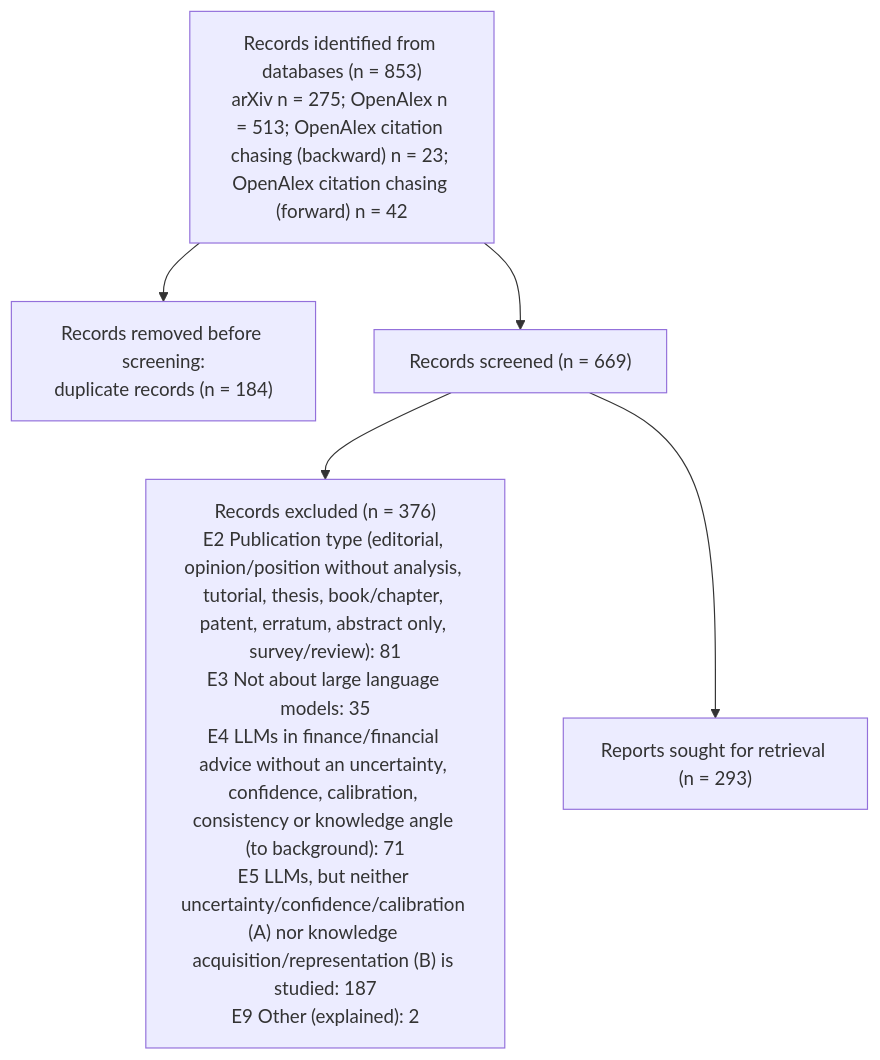
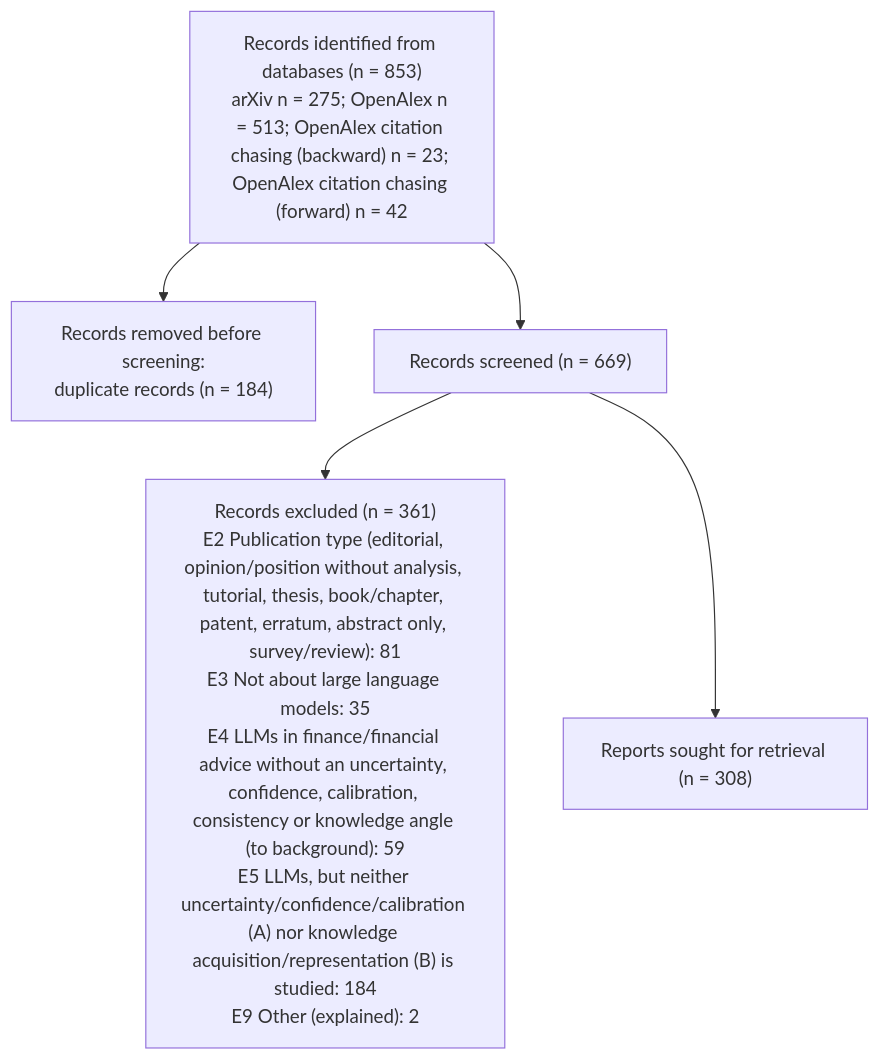
Before and after one commit to LennyAmsterdam1717/thesis-dong: the diagram in literature/screening/Screening_TA/TA_prisma_counts.md, drawn with Mermaid. The commit also changed other lines of this file and 14 other files, not shown here.

````diff
--- a/literature/screening/Screening_TA/TA_prisma_counts.md
+++ b/literature/screening/Screening_TA/TA_prisma_counts.md
@@ -3,12 +3,12 @@
 ```mermaid
 flowchart TD
   I["Records identified from databases (n = 853)<br/>arXiv n = 275; OpenAlex n = 513; OpenAlex citation chasing (backward) n = 23; OpenAlex citation chasing (forward) n = 42"]
   R["Records removed before screening:<br/>duplicate records (n = 184)"]
   S["Records screened (n = 669)"]
-  X["Records excluded (n = 376)<br/>E2 Publication type (editorial, opinion/position without analysis, tutorial, thesis, book/chapter, patent, erratum, abstract only, survey/review): 81<br/>E3 Not about large language models: 35<br/>E4 LLMs in finance/financial advice without an uncertainty, confidence, calibration, consistency or knowledge angle (to background): 71<br/>E5 LLMs, but neither uncertainty/confidence/calibration (A) nor knowledge acquisition/representation (B) is studied: 187<br/>E9 Other (explained): 2"]
-  F["Reports sought for retrieval (n = 293)"]
+  X["Records excluded (n = 361)<br/>E2 Publication type (editorial, opinion/position without analysis, tutorial, thesis, book/chapter, patent, erratum, abstract only, survey/review): 81<br/>E3 Not about large language models: 35<br/>E4 LLMs in finance/financial advice without an uncertainty, confidence, calibration, consistency or knowledge angle (to background): 59<br/>E5 LLMs, but neither uncertainty/confidence/calibration (A) nor knowledge acquisition/representation (B) is studied: 184<br/>E9 Other (explained): 2"]
+  F["Reports sought for retrieval (n = 308)"]
   I --> R
   I --> S
   S --> X
   S --> F
 ```
````
